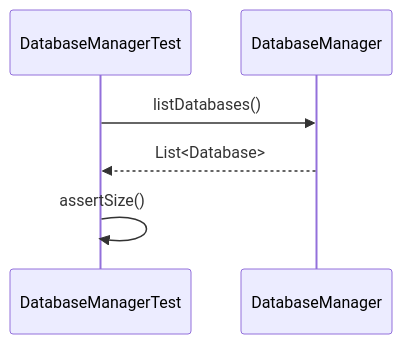
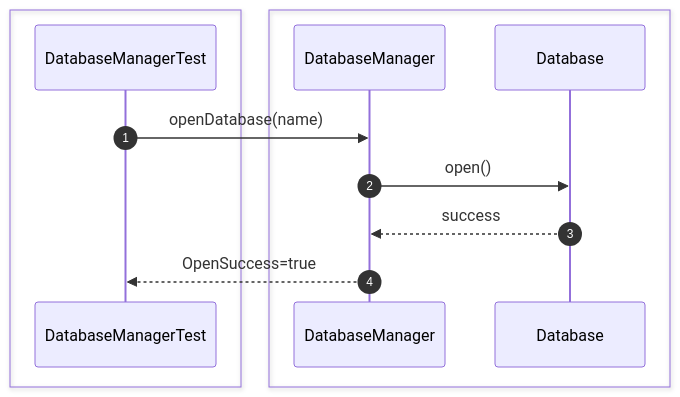
One commit to Huy1801214/dbms-architecture changed diagram 14 of 52 in src/sequence/db-server.md. Above: the diagram before and after it, drawn with Mermaid. The commit also changed other lines of this file and 10 other files, not shown here.

Commit message:
add comprehensive sequence diagrams and documentation for system architecture and unit testing specifications

````diff
--- a/src/sequence/db-server.md
+++ b/src/sequence/db-server.md
@@ -99,10 +251,17 @@
 ```mermaid
 sequenceDiagram
+    autonumber
+
+    box #e1f5fe Test Suite
     participant Test as DatabaseManagerTest
+    end
+    box #e3f2fd Server Managers
     participant Manager as DatabaseManager
+    participant Database as Database
+    end
 
-    Test->>Manager: listDatabases()
-    Manager-->>Test: List<Database>
-
-    Test->>Test: assertSize()
+    Test->>Manager: openDatabase(name)
+    Manager->>Database: open()
+    Database-->>Manager: success
+    Manager-->>Test: OpenSuccess=true
 ```
````
